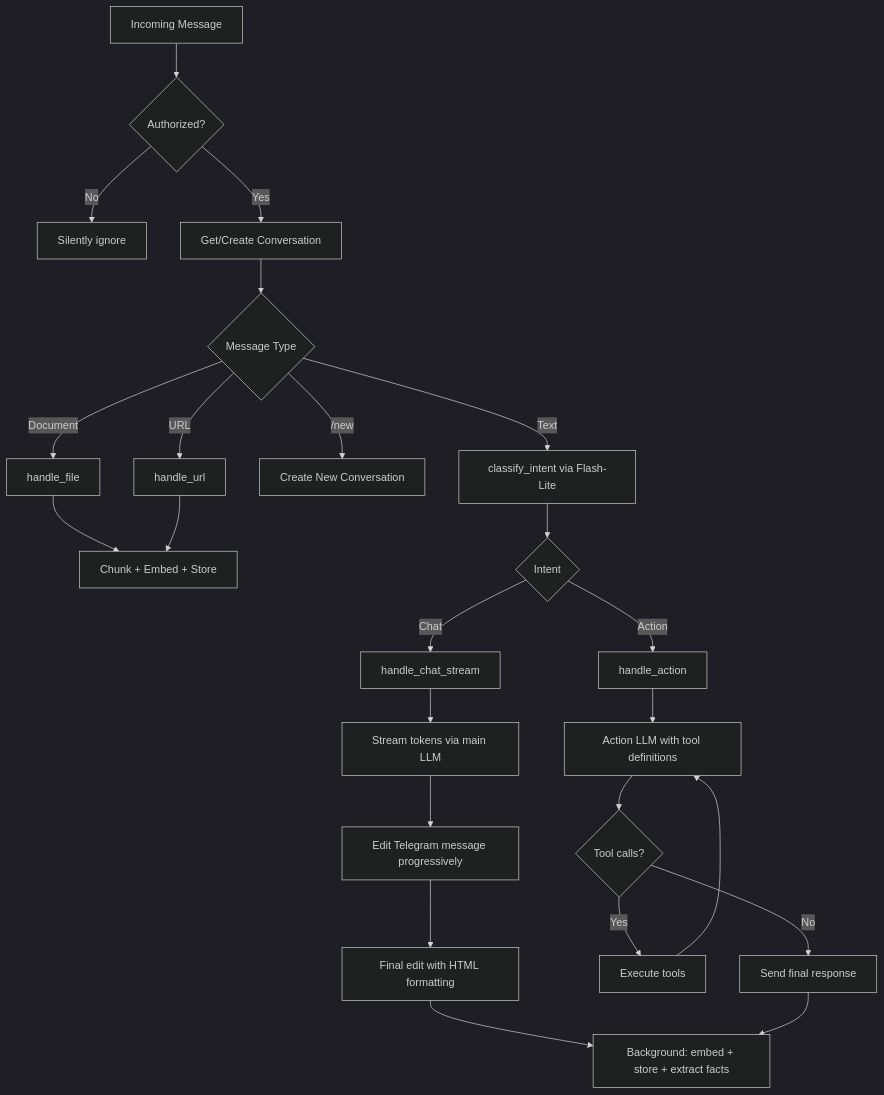
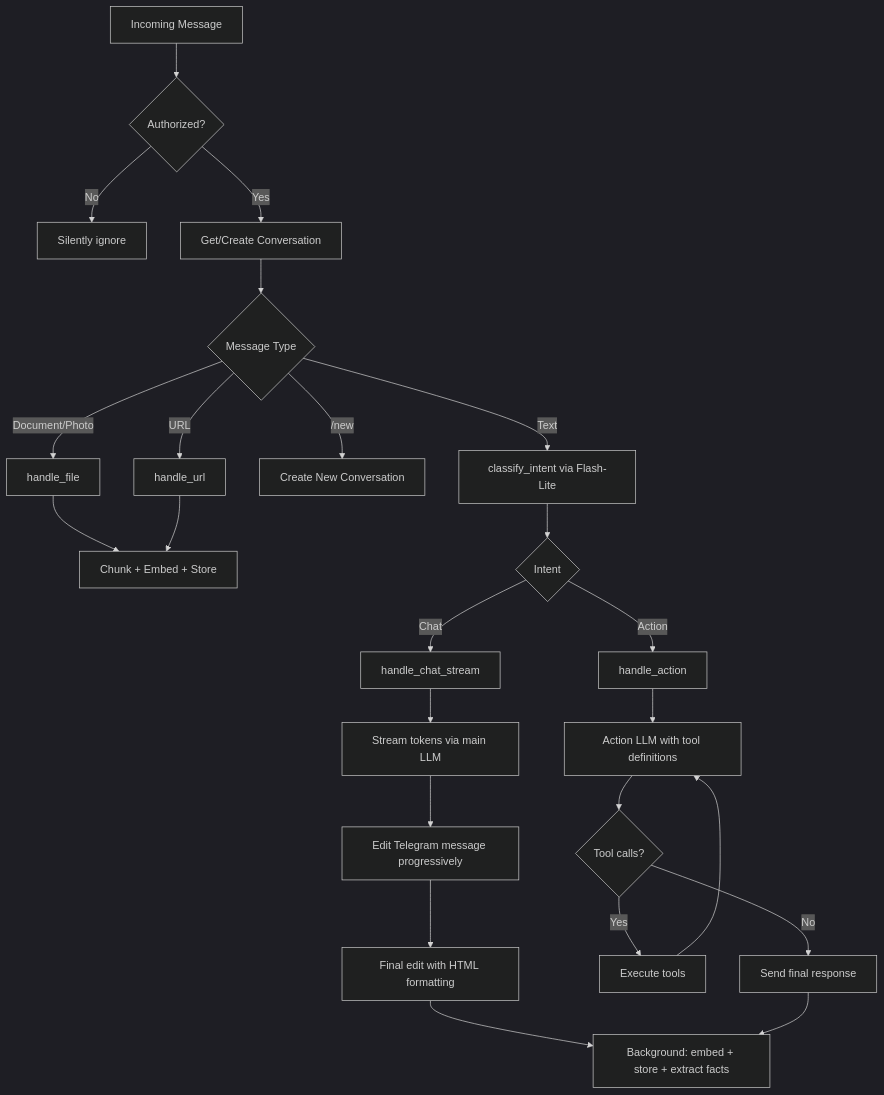
The third of 7 diagrams in docs/ARCHITECTURE.md (nevindra/oasis), drawn with Mermaid (dark theme) before and after one commit. The commit also changed other lines of this file and 4 other files, not shown here.

First line of the commit message:
docs: add comprehensive architecture and coding conventions documentation

````diff
--- a/docs/ARCHITECTURE.md
+++ b/docs/ARCHITECTURE.md
@@ -69,33 +112,33 @@
 ```mermaid
 flowchart TD
     MSG[Incoming Message] --> Auth{Authorized?}
     Auth -->|No| Drop[Silently ignore]
     Auth -->|Yes| Conv[Get/Create Conversation]
 
     Conv --> Type{Message Type}
 
-    Type -->|Document| FileIngest[handle_file]
+    Type -->|Document/Photo| FileIngest[handle_file]
     Type -->|URL| URLIngest[handle_url]
     Type -->|/new| NewConv[Create New Conversation]
     Type -->|Text| Classify[classify_intent via Flash-Lite]
 
     FileIngest --> IngestPipeline[Chunk + Embed + Store]
     URLIngest --> IngestPipeline
 
     Classify --> IntentResult{Intent}
     IntentResult -->|Chat| ChatStream[handle_chat_stream]
     IntentResult -->|Action| ActionLoop[handle_action]
 
     ChatStream --> StreamLLM[Stream tokens via main LLM]
     StreamLLM --> EditMsg[Edit Telegram message progressively]
     EditMsg --> FinalEdit[Final edit with HTML formatting]
 
     ActionLoop --> ToolLLM[Action LLM with tool definitions]
     ToolLLM --> ToolExec{Tool calls?}
     ToolExec -->|Yes| Execute[Execute tools]
     Execute --> ToolLLM
     ToolExec -->|No| FinalResponse[Send final response]
 
     FinalEdit --> SpawnStore[Background: embed + store + extract facts]
     FinalResponse --> SpawnStore
 ```
````
